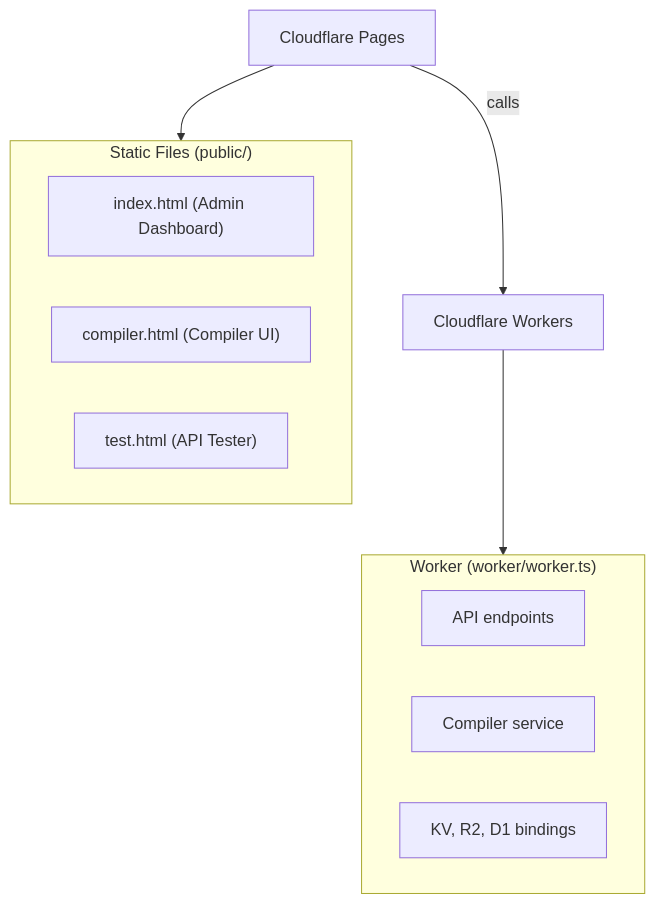
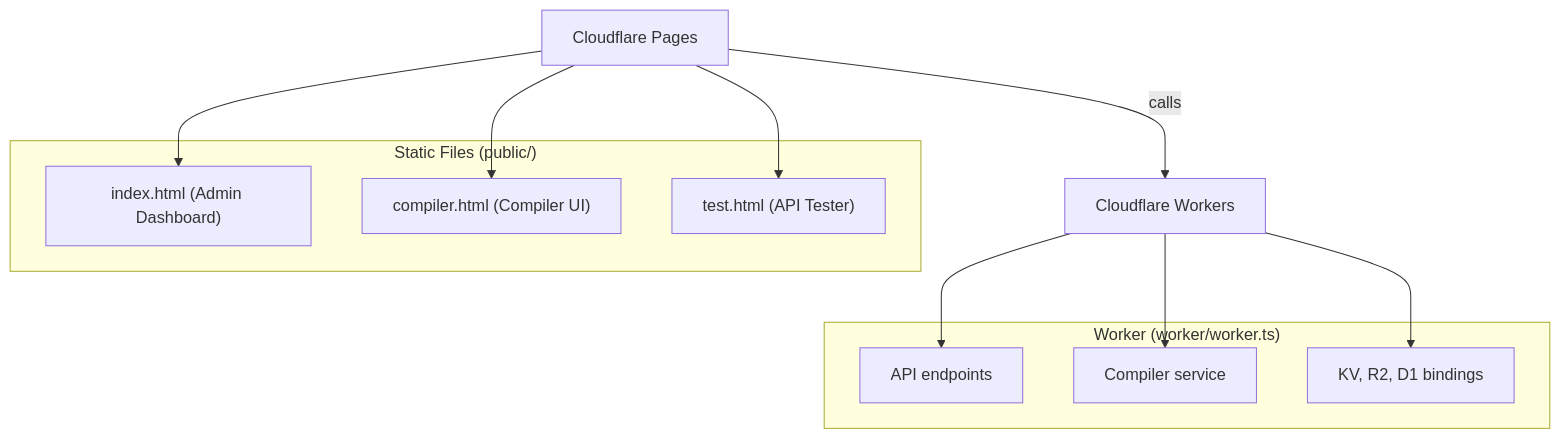
One commit to AdguardTeam/HostlistCompiler changed the diagram in docs/deployment/cloudflare-pages.md. Above: the diagram before and after it, drawn with Mermaid. The commit also changed 4 other files, not shown here.

Commit message:
docs: apply Mermaid review feedback (br/, subgraph edges, interface signatures)

````diff
--- a/docs/deployment/cloudflare-pages.md
+++ b/docs/deployment/cloudflare-pages.md
@@ -113,19 +113,23 @@
 ```mermaid
 flowchart TB
     PAGES["Cloudflare Pages"]
     subgraph STATIC["Static Files (public/)"]
         I["index.html (Admin Dashboard)"]
         C["compiler.html (Compiler UI)"]
         T["test.html (API Tester)"]
     end
     WORKERS["Cloudflare Workers"]
     subgraph WORKER_INNER["Worker (worker/worker.ts)"]
         API["API endpoints"]
         SVC["Compiler service"]
         BINDINGS["KV, R2, D1 bindings"]
     end
 
-    PAGES --> STATIC
+    PAGES --> I
+    PAGES --> C
+    PAGES --> T
     PAGES -->|calls| WORKERS
-    WORKERS --> WORKER_INNER
+    WORKERS --> API
+    WORKERS --> SVC
+    WORKERS --> BINDINGS
 ```
````
